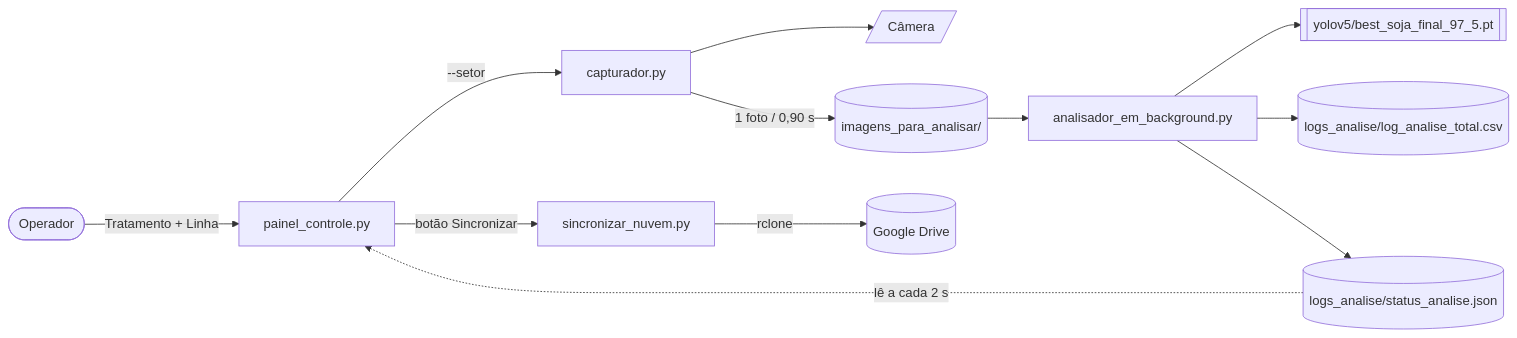
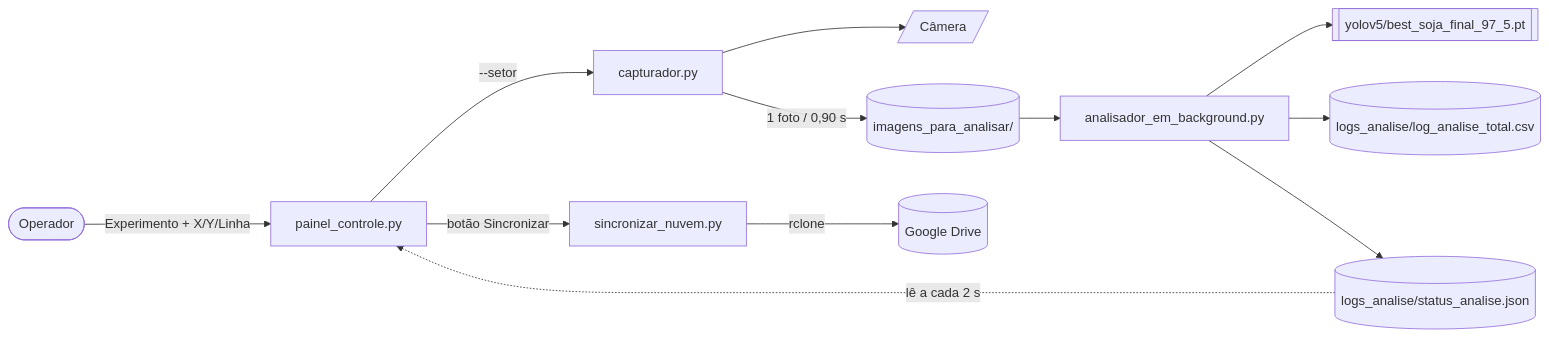
The diagram in README.md (n3roC00l/teste-raimunda-), drawn with Mermaid before and after one commit. The commit also changed other lines of this file and 16 other files, not shown here.

````diff
--- a/README.md
+++ b/README.md
@@ -16,11 +16,11 @@
 ```mermaid
 flowchart LR
-    OP([Operador]) -->|Tratamento + Linha| P[painel_controle.py]
+    OP([Operador]) -->|Experimento + X/Y/Linha| P[painel_controle.py]
     P -->|--setor| C[capturador.py] --> CAM[/Câmera/]
     C -->|1 foto / 0,90 s| Q[(imagens_para_analisar/)]
     Q --> A[analisador_em_background.py] --> M[[yolov5/best_soja_final_97_5.pt]]
     A --> CSV[(logs_analise/log_analise_total.csv)]
     A --> J[(logs_analise/status_analise.json)]
     J -.->|lê a cada 2 s| P
     P -->|botão Sincronizar| S[sincronizar_nuvem.py] -->|rclone| D[(Google Drive)]
 ```
````
